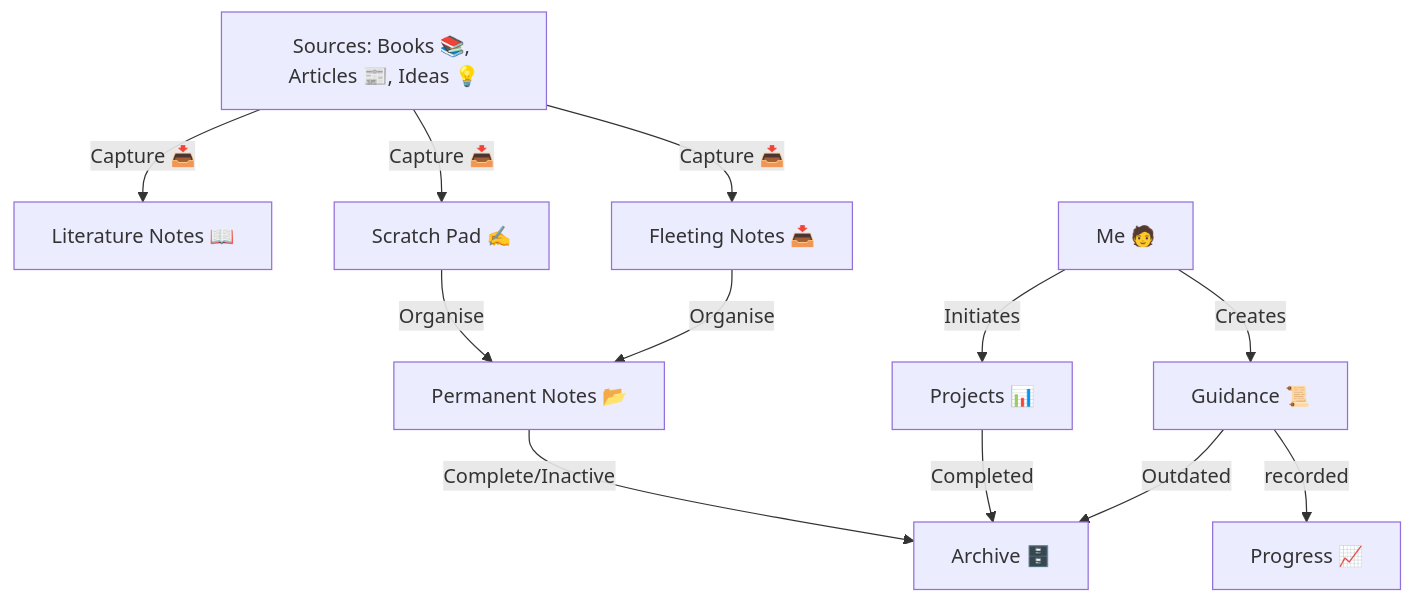
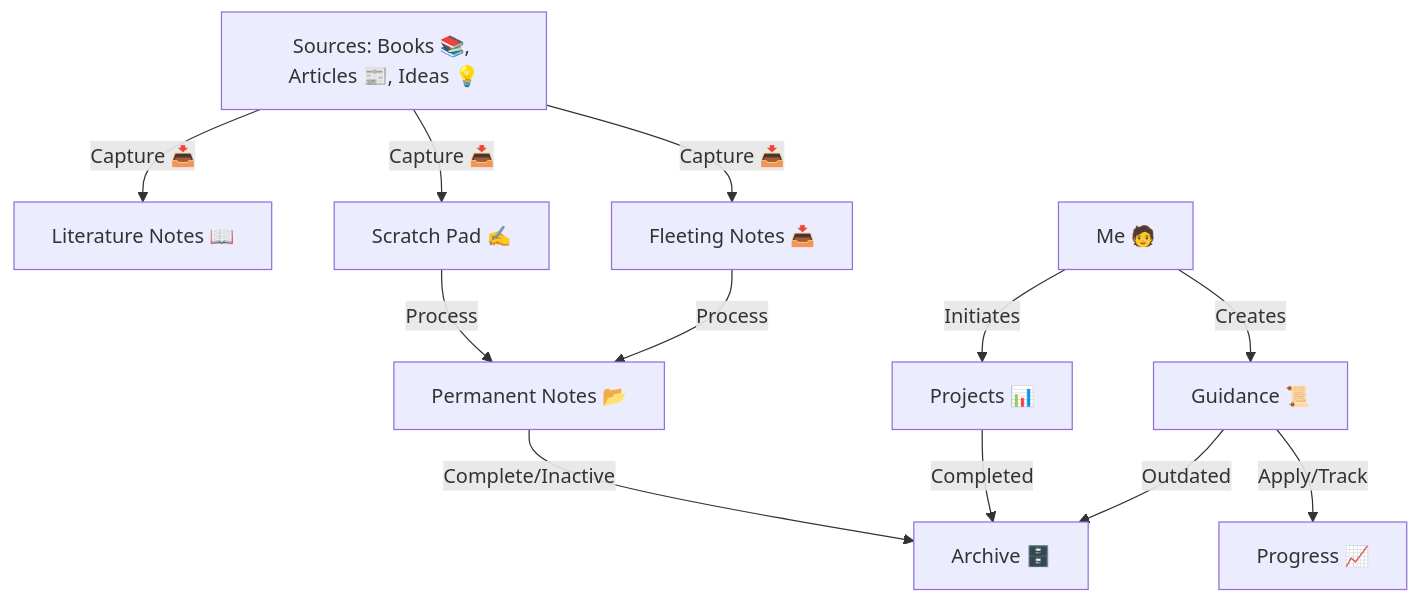
The diagram in README.md (kennyrnwilson/knowledge-library), drawn with Mermaid before and after one commit. The commit also changed other lines of this file and 25 other files, not shown here.

````diff
--- a/README.md
+++ b/README.md
@@ -15,17 +23,17 @@
 ```mermaid
 graph TD
     Sources[Sources: Books 📚, Articles 📰, Ideas 💡]
     Sources -- Capture 📥 --> A1[Fleeting Notes 📥]
     Sources -- Capture 📥 --> A2[Scratch Pad ✍️]
     Sources -- Capture 📥 --> A3[Literature Notes 📖]
     Human[Me 🧑] -- Creates --> A4[Guidance 📜]
     Human -- Initiates --> P[Projects 📊]
 
-    A1 -- Organise --> B1[Permanent Notes 📂]
-    A2 -- Organise --> B1
+    A1 -- Process --> B1[Permanent Notes 📂]
+    A2 -- Process --> B1
 
-    A4[Guidance 📜] -- recorded --> B3[Progress 📈]
+    A4[Guidance 📜] -- Apply/Track --> B3[Progress 📈]
     B1 -- Complete/Inactive --> Archive[Archive 🗄️]
     A4 -- Outdated --> Archive
     P -- Completed --> Archive
 ```
````
